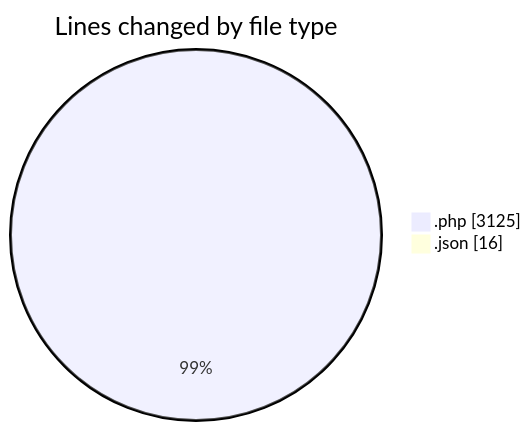
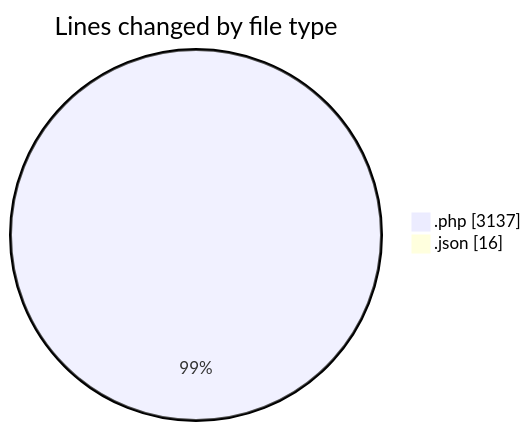
The first of 2 diagrams in 2025-10-22/untitled__workspace_/README.md (debugP/code-tracking), drawn with Mermaid before and after one commit. The commit also changed other lines of this file and 1 other file, not shown here.

````diff
--- a/2025-10-22/untitled__workspace_/README.md
+++ b/2025-10-22/untitled__workspace_/README.md
@@ -22,6 +22,6 @@
 ```mermaid
 pie showData
 title Lines changed by file type
-".php" : 3125
+".php" : 3137
 ".json" : 16
 ```
````
